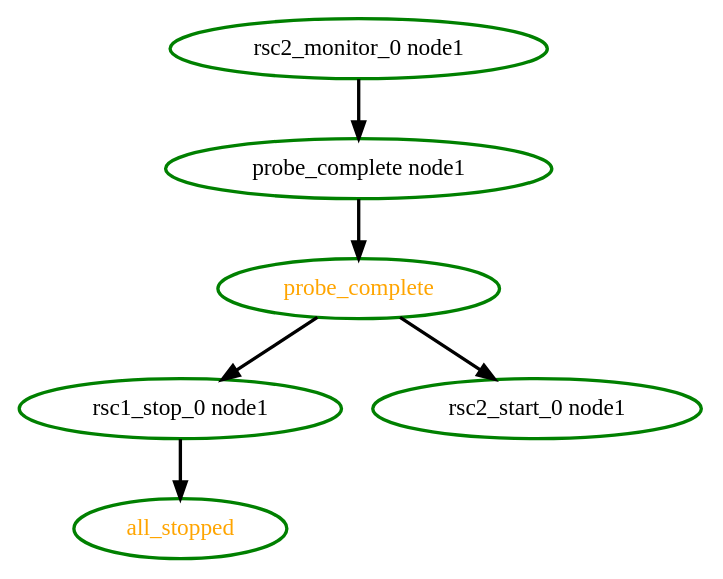
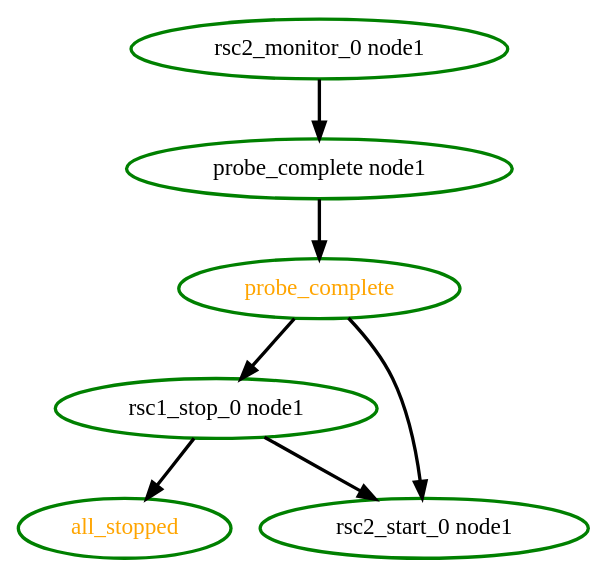
One commit to ClusterLabs/pacemaker changed the diagram in pengine/test10/simple6.dot. Above: the diagram before and after it, drawn with Graphviz. The commit also changed 4 other files, not shown here.

```diff
--- a/pengine/test10/simple6.dot
+++ b/pengine/test10/simple6.dot
@@ -1,13 +1,14 @@
  digraph "g" {
 "all_stopped" [ style=bold color="green" fontcolor="orange" ]
 "probe_complete node1" -> "probe_complete" [ style = bold]
 "probe_complete node1" [ style=bold color="green" fontcolor="black" ]
 "probe_complete" -> "rsc1_stop_0 node1" [ style = bold]
 "probe_complete" -> "rsc2_start_0 node1" [ style = bold]
 "probe_complete" [ style=bold color="green" fontcolor="orange" ]
 "rsc1_stop_0 node1" -> "all_stopped" [ style = bold]
+"rsc1_stop_0 node1" -> "rsc2_start_0 node1" [ style = bold]
 "rsc1_stop_0 node1" [ style=bold color="green" fontcolor="black" ]
 "rsc2_monitor_0 node1" -> "probe_complete node1" [ style = bold]
 "rsc2_monitor_0 node1" [ style=bold color="green" fontcolor="black" ]
 "rsc2_start_0 node1" [ style=bold color="green" fontcolor="black" ]
 }
```
